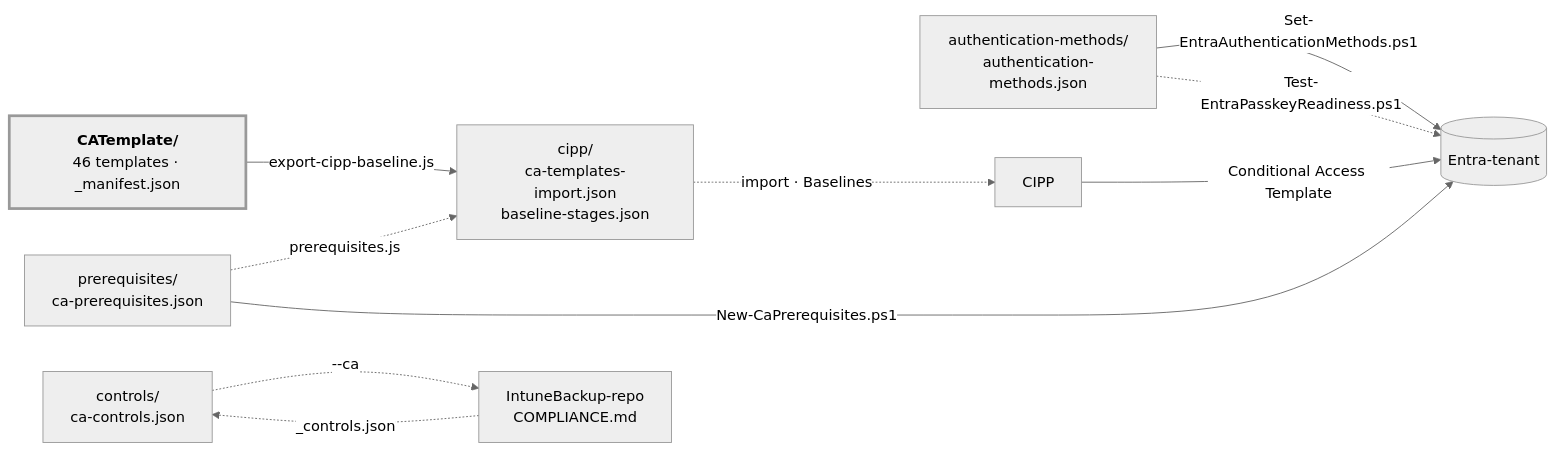
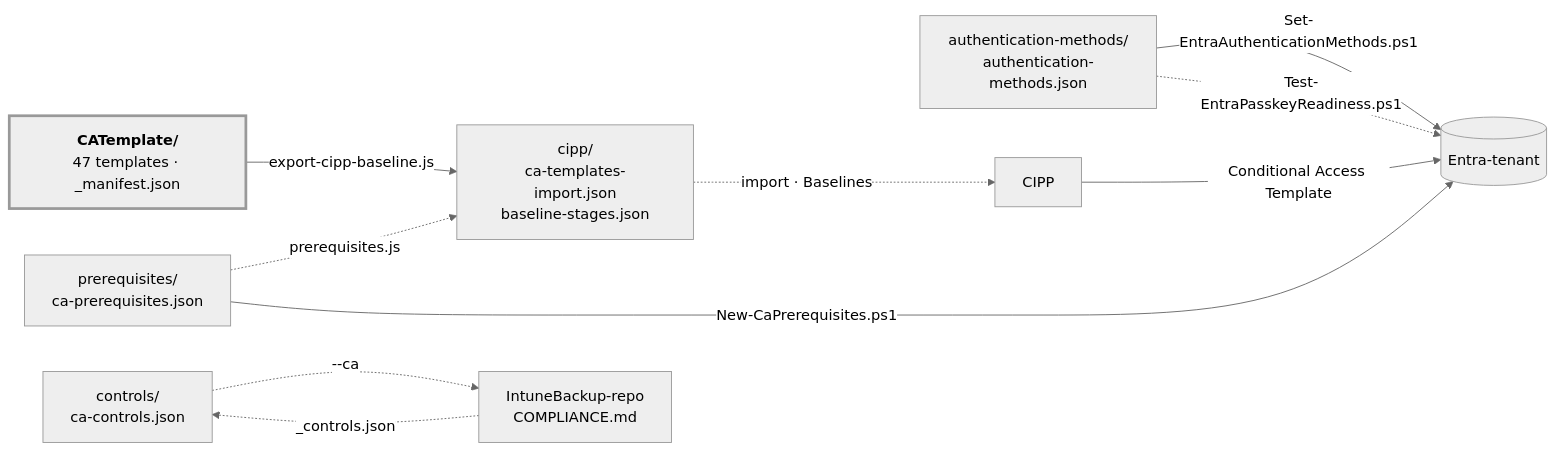
One commit to sjkanon/CA-Policies changed the diagram in docs/STRUCTUUR.md. Above: the diagram before and after it, drawn with Mermaid (neutral theme). The commit also changed other lines of this file and 39 other files, not shown here.

````diff
--- a/docs/STRUCTUUR.md
+++ b/docs/STRUCTUUR.md
@@ -27,20 +27,20 @@
 ```mermaid
 flowchart LR
-  T["<b>CATemplate/</b><br/>46 templates · _manifest.json"]
+  T["<b>CATemplate/</b><br/>47 templates · _manifest.json"]
   P["prerequisites/<br/>ca-prerequisites.json"]
   A["authentication-methods/<br/>authentication-methods.json"]
   C["controls/<br/>ca-controls.json"]
 
   T -->|export-cipp-baseline.js| X["cipp/<br/>ca-templates-import.json<br/>baseline-stages.json"]
   P -.->|prerequisites.js| X
   X -.->|import · Baselines| CIPP["CIPP"]
   CIPP -->|Conditional Access Template| TEN[("Entra-tenant")]
   P -->|New-CaPrerequisites.ps1| TEN
   A -->|Set-EntraAuthenticationMethods.ps1| TEN
   A -.->|Test-EntraPasskeyReadiness.ps1| TEN
 
   C -.->|--ca| IB["IntuneBackup-repo<br/>COMPLIANCE.md"]
   IB -.->|_controls.json| C
 
   style T stroke-width:3px
 ```
````
